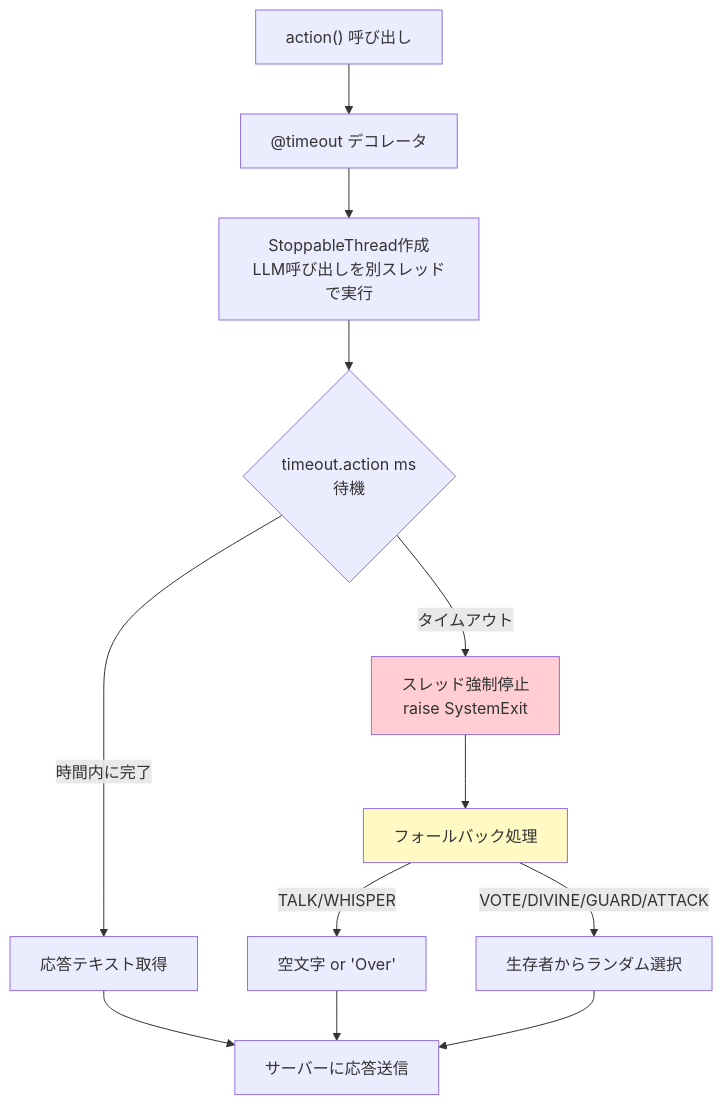
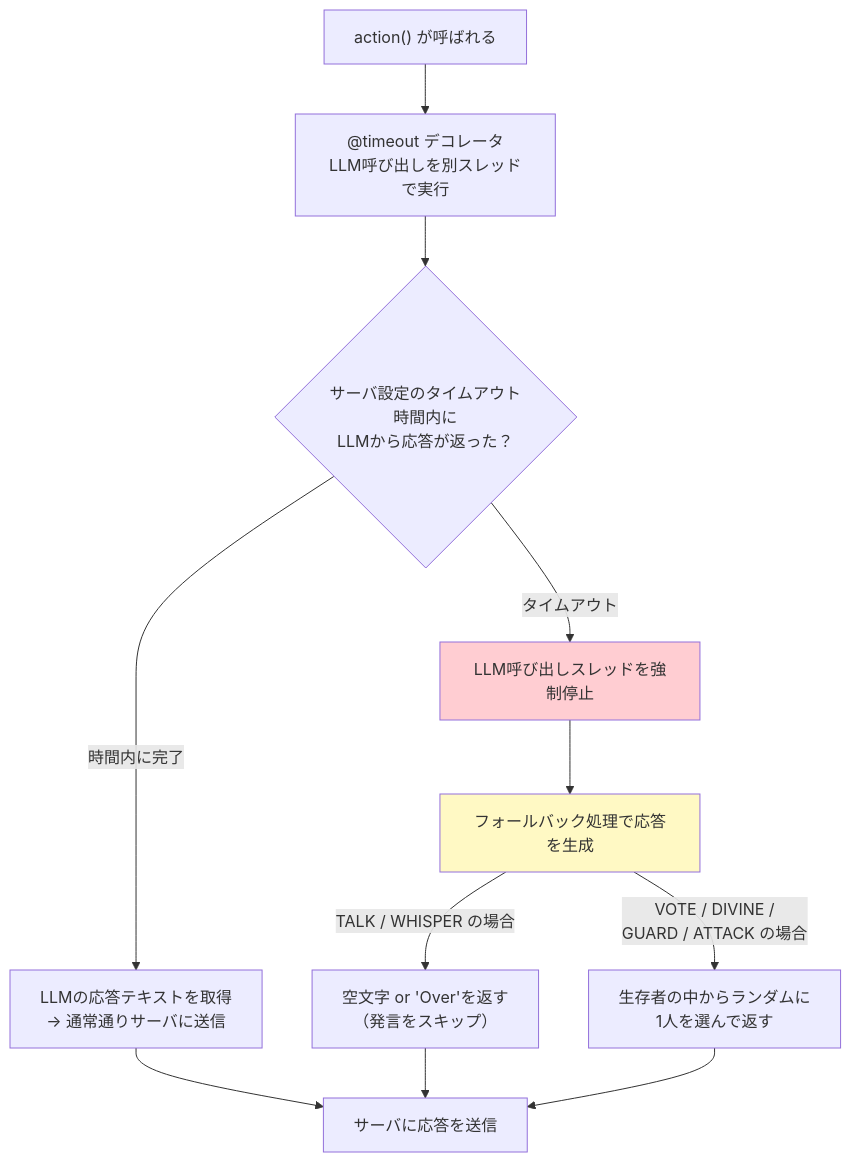
The fifth of 5 diagrams in docs/architecture/agent-architecture.md (iggy157/aiwolf-nlp-systems), drawn with Mermaid before and after one commit. The commit also changed other lines of this file and 2 other files, not shown here.

Commit message:
fix: フロー図修正

````diff
--- a/docs/architecture/agent-architecture.md
+++ b/docs/architecture/agent-architecture.md
@@ -188,20 +224,19 @@
 ```mermaid
 flowchart TD
-    Action["action() 呼び出し"] --> Decorator["@timeout デコレータ"]
-    Decorator --> CreateThread["StoppableThread作成<br/>LLM呼び出しを別スレッドで実行"]
-    CreateThread --> Wait{"timeout.action ms<br/>待機"}
+    Action["action() が呼ばれる"] --> Decorator["@timeout デコレータ<br/>LLM呼び出しを別スレッドで実行"]
+    Decorator --> Wait{"サーバ設定のタイムアウト時間内に<br/>LLMから応答が返った？"}
 
-    Wait -->|"時間内に完了"| Success["応答テキスト取得"]
-    Wait -->|"タイムアウト"| Kill["スレッド強制停止<br/>raise SystemExit"]
-    Kill --> Fallback["フォールバック処理"]
+    Wait -->|"時間内に完了"| Success["LLMの応答テキストを取得<br/>→ 通常通りサーバに送信"]
+    Wait -->|"タイムアウト"| Kill["LLM呼び出しスレッドを強制停止"]
+    Kill --> Fallback["フォールバック処理で応答を生成"]
 
-    Fallback -->|"TALK/WHISPER"| SkipText["空文字 or 'Over'"]
-    Fallback -->|"VOTE/DIVINE/GUARD/ATTACK"| Random["生存者からランダム選択"]
+    Fallback -->|"TALK / WHISPER の場合"| SkipText["空文字 or 'Over'を返す<br/>（発言をスキップ）"]
+    Fallback -->|"VOTE / DIVINE /<br/>GUARD / ATTACK の場合"| Random["生存者の中からランダムに<br/>1人を選んで返す"]
 
-    Success --> Send["サーバーに応答送信"]
+    Success --> Send["サーバに応答を送信"]
     SkipText --> Send
     Random --> Send
 
     style Kill fill:#ffcdd2
     style Fallback fill:#fff9c4
 ```
````
